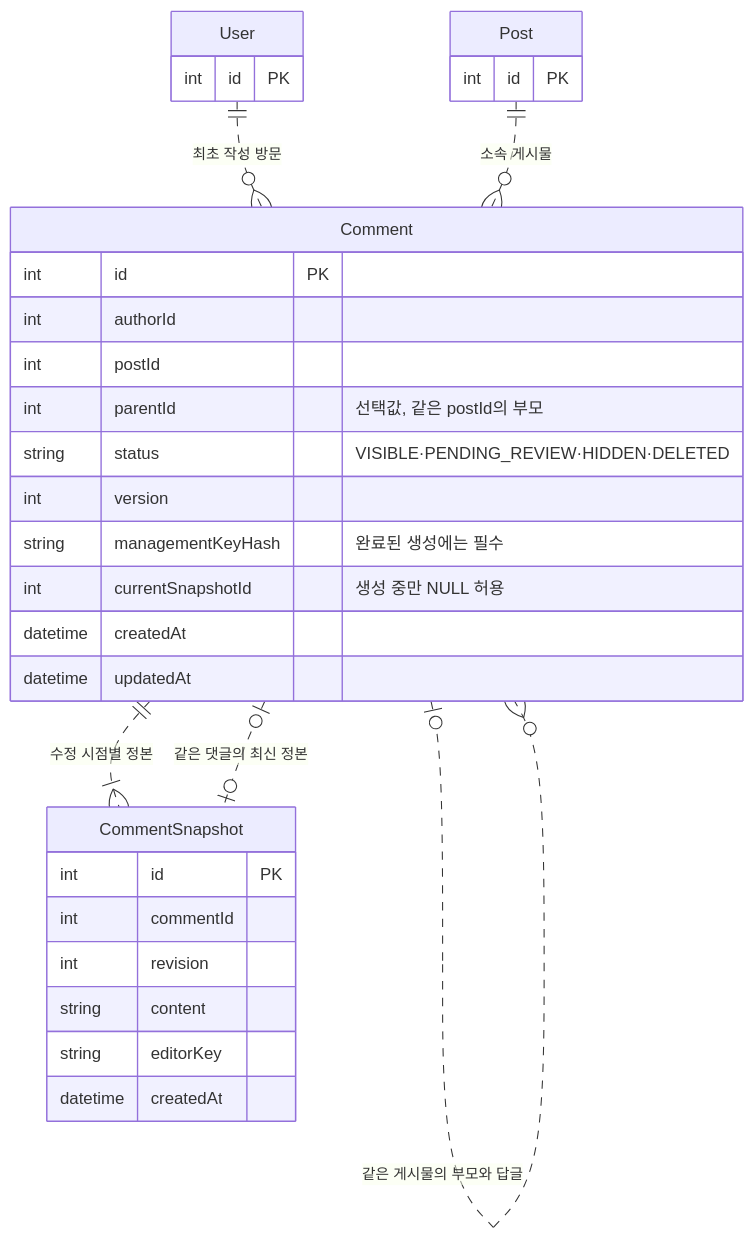
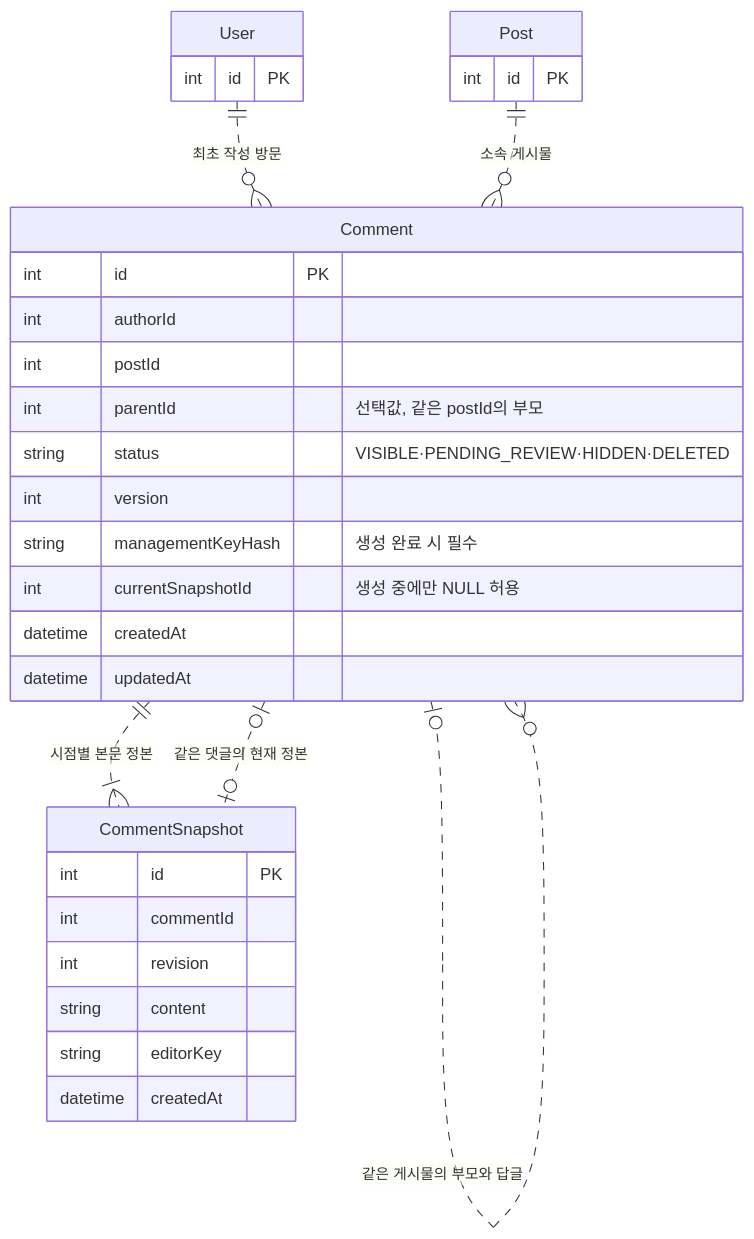
One commit to luke0408/blog-erd changed the ninth of 9 diagrams in docs/comment-management.md. Above: the diagram before and after it, drawn with Mermaid. The commit also changed other lines of this file and 5 other files, not shown here.

Commit message:
docs(erd): reorder student questions by design requirements

````diff
--- a/docs/comment-management.md
+++ b/docs/comment-management.md
@@ -245,34 +278,34 @@
 ```mermaid
 erDiagram
     User {
         int id PK
     }
     Post {
         int id PK
     }
     Comment {
         int id PK
         int authorId
         int postId
         int parentId "선택값, 같은 postId의 부모"
         string status "VISIBLE·PENDING_REVIEW·HIDDEN·DELETED"
         int version
-        string managementKeyHash "완료된 생성에는 필수"
-        int currentSnapshotId "생성 중만 NULL 허용"
+        string managementKeyHash "생성 완료 시 필수"
+        int currentSnapshotId "생성 중에만 NULL 허용"
         datetime createdAt
         datetime updatedAt
     }
     CommentSnapshot {
         int id PK
         int commentId
         int revision
         string content
         string editorKey
         datetime createdAt
     }
     User ||..o{ Comment : "최초 작성 방문"
     Post ||..o{ Comment : "소속 게시물"
     Comment |o..o{ Comment : "같은 게시물의 부모와 답글"
-    Comment ||..|{ CommentSnapshot : "수정 시점별 정본"
-    Comment |o..o| CommentSnapshot : "같은 댓글의 최신 정본"
+    Comment ||..|{ CommentSnapshot : "시점별 본문 정본"
+    Comment |o..o| CommentSnapshot : "같은 댓글의 현재 정본"
 ```
````
